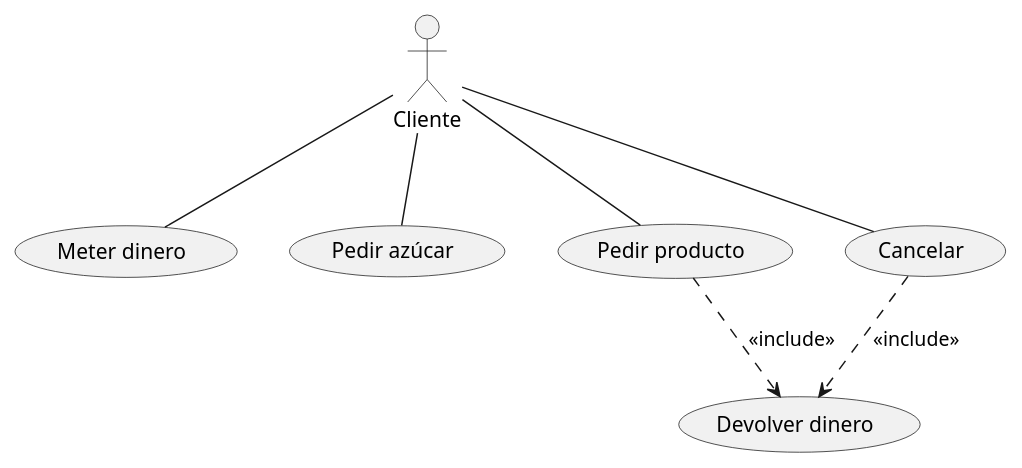
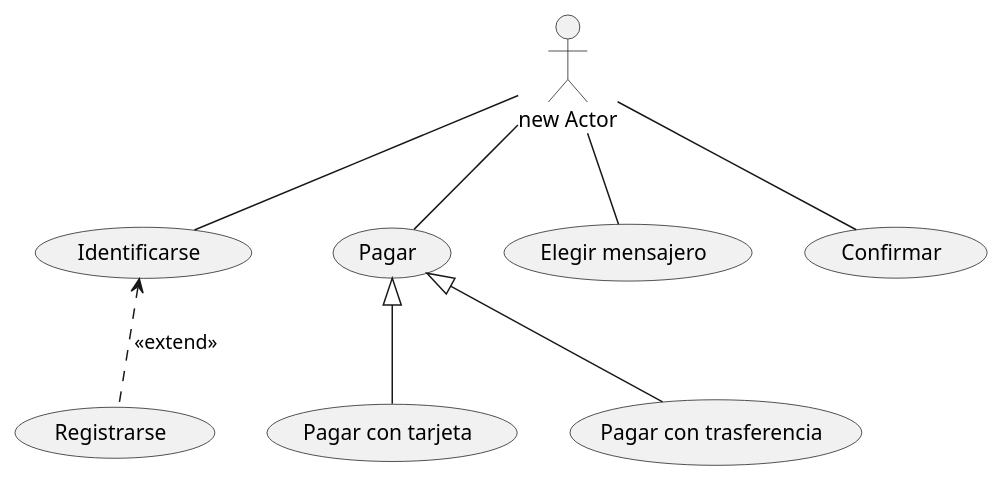
One commit to abrahambelen/ClasesDeUsoPlantUML_I changed the diagram in Elementos.puml. Above: the diagram before and after it, drawn with PlantUML.

Commit message:
Tienda de internet.

```diff
--- a/Elementos.puml
+++ b/Elementos.puml
@@ -1,20 +1,23 @@
 @startuml
 
-:Cliente:
+:new Actor:
 
-(Meter dinero)
-(Pedir azúcar)
-(Pedir producto)
-(Cancelar)
-(Devolver dinero)
+(Identificarse)
+(Pagar)
+(Elegir mensajero)
+(Confirmar)
+(Registrarse)
+(Pagar con tarjeta)
+(Pagar con trasferencia)
 
-:Cliente: -- (Meter dinero)
-:Cliente: -- (Pedir azúcar)
-:Cliente: -- (Pedir producto)
-:Cliente: -- (Cancelar)
+:new Actor: -- (Identificarse)
+:new Actor: -- (Pagar)
+:new Actor: -- (Elegir mensajero)
+:new Actor: -- (Confirmar)
 
-(Cancelar) ..> (Devolver dinero) : <<include>>
-(Pedir producto) ..> (Devolver dinero) : <<include>>
+(Identificarse) <.. (Registrarse) : <<extend>>
+(Pagar) <|-- (Pagar con tarjeta)
+(Pagar) <|-- (Pagar con trasferencia)
 
 
 @enduml
```
